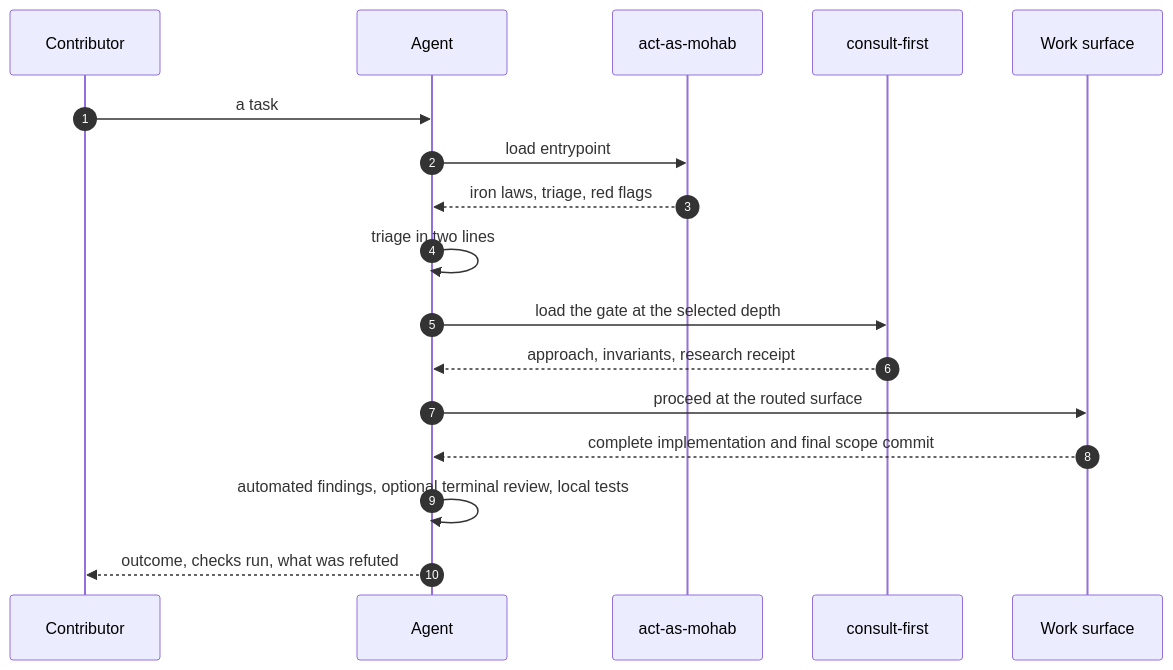
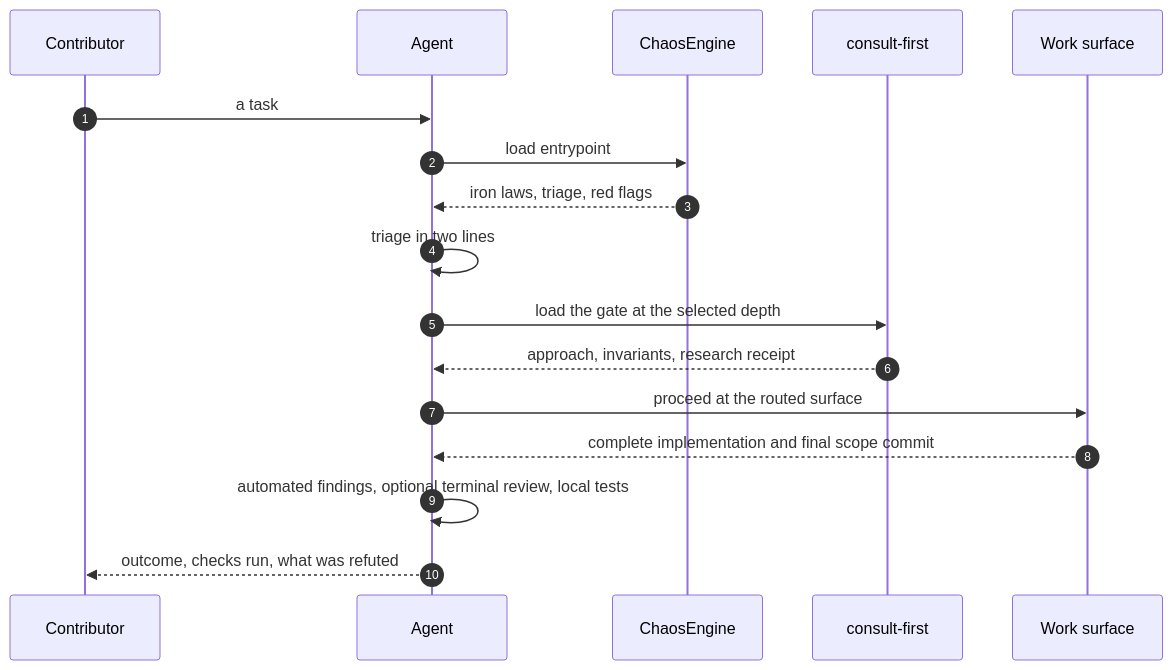
The second of 4 diagrams in .agents/skills/README.md (ShaftHQ/SHAFT_ENGINE), drawn with Mermaid before and after one commit. The commit also changed other lines of this file and 53 other files, not shown here.

First line of the commit message:
feat(chaos-engine): isolate sessions in worktrees and retire act-as-mohab

````diff
--- a/.agents/skills/README.md
+++ b/.agents/skills/README.md
@@ -47,20 +47,20 @@
 ```mermaid
 sequenceDiagram
     autonumber
     participant U as Contributor
     participant A as Agent
-    participant E as act-as-mohab
+    participant E as ChaosEngine
     participant G as consult-first
     participant W as Work surface
 
     U->>A: a task
     A->>E: load entrypoint
     E-->>A: iron laws, triage, red flags
     A->>A: triage in two lines
     A->>G: load the gate at the selected depth
     G-->>A: approach, invariants, research receipt
     A->>W: proceed at the routed surface
     W-->>A: complete implementation and final scope commit
     A->>A: automated findings, optional terminal review, local tests
     A-->>U: outcome, checks run, what was refuted
 ```
````
